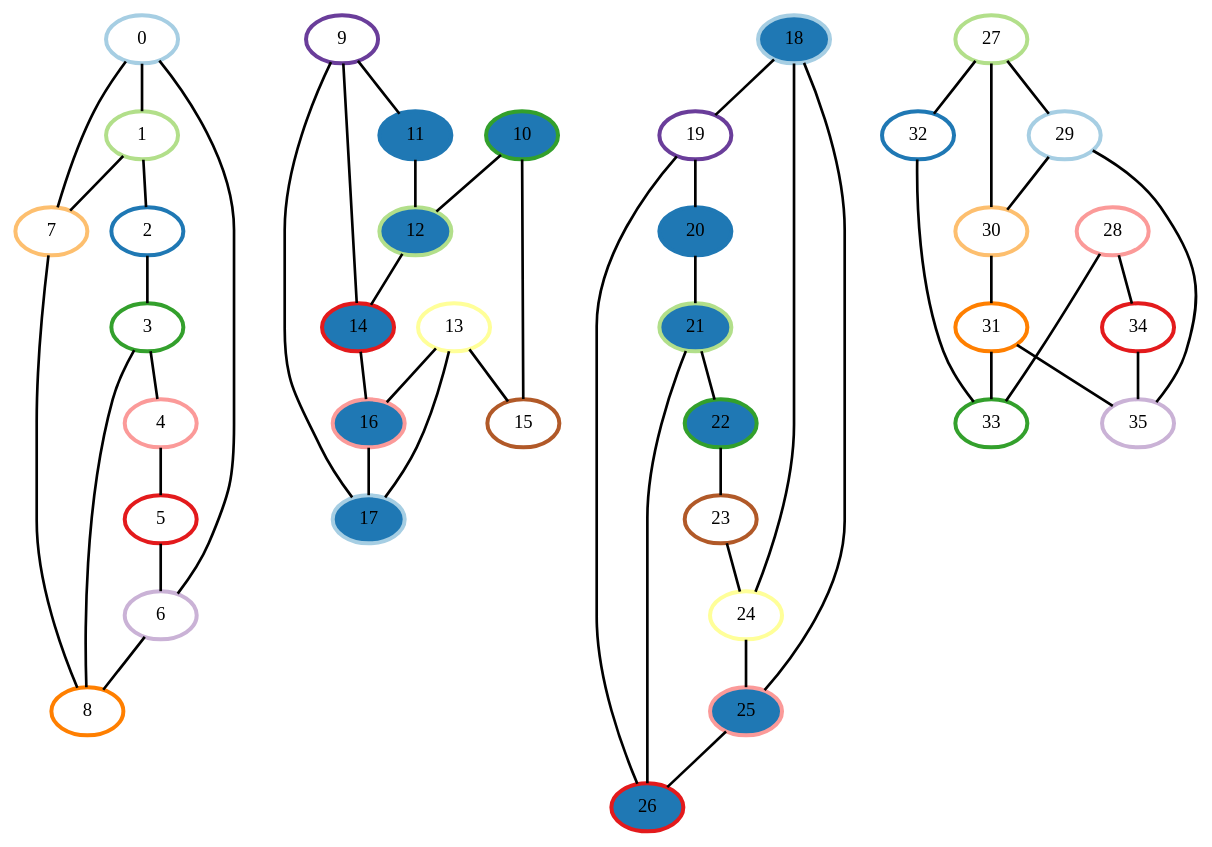
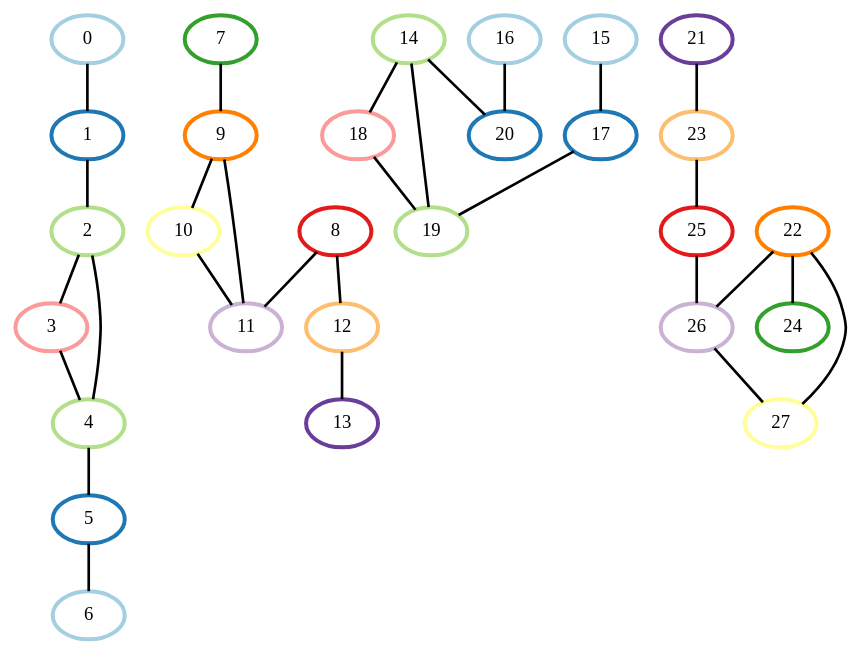
Before and after one commit to Pietvergiet/Project-Module-7: the diagram in graph.dot, drawn with Graphviz. The commit also changed 1 other file, not shown here.

```diff
--- a/graph.dot
+++ b/graph.dot
@@ -1,87 +1,59 @@
 graph G {
     0 [penwidth=3,color=1, colorscheme=paired12]
-    1 [penwidth=3,color=3, colorscheme=paired12]
-    2 [penwidth=3,color=2, colorscheme=paired12]
-    3 [penwidth=3,color=4, colorscheme=paired12]
-    4 [penwidth=3,color=5, colorscheme=paired12]
-    5 [penwidth=3,color=6, colorscheme=paired12]
-    6 [penwidth=3,color=9, colorscheme=paired12]
-    7 [penwidth=3,color=7, colorscheme=paired12]
-    8 [penwidth=3,color=8, colorscheme=paired12]
-    9 [penwidth=3,color=10, colorscheme=paired12]
-    10 [penwidth=3,color=4, colorscheme=paired12,style=filled,fillcolor=2]
-    11 [penwidth=3,color=2, colorscheme=paired12,style=filled,fillcolor=2]
-    12 [penwidth=3,color=3, colorscheme=paired12,style=filled,fillcolor=2]
-    13 [penwidth=3,color=11, colorscheme=paired12]
-    14 [penwidth=3,color=6, colorscheme=paired12,style=filled,fillcolor=2]
-    15 [penwidth=3,color=12, colorscheme=paired12]
-    16 [penwidth=3,color=5, colorscheme=paired12,style=filled,fillcolor=2]
-    17 [penwidth=3,color=1, colorscheme=paired12,style=filled,fillcolor=2]
-    18 [penwidth=3,color=1, colorscheme=paired12,style=filled,fillcolor=2]
-    19 [penwidth=3,color=10, colorscheme=paired12]
-    20 [penwidth=3,color=2, colorscheme=paired12,style=filled,fillcolor=2]
-    21 [penwidth=3,color=3, colorscheme=paired12,style=filled,fillcolor=2]
-    22 [penwidth=3,color=4, colorscheme=paired12,style=filled,fillcolor=2]
-    23 [penwidth=3,color=12, colorscheme=paired12]
-    24 [penwidth=3,color=11, colorscheme=paired12]
-    25 [penwidth=3,color=5, colorscheme=paired12,style=filled,fillcolor=2]
-    26 [penwidth=3,color=6, colorscheme=paired12,style=filled,fillcolor=2]
-    27 [penwidth=3,color=3, colorscheme=paired12]
-    28 [penwidth=3,color=5, colorscheme=paired12]
-    29 [penwidth=3,color=1, colorscheme=paired12]
-    30 [penwidth=3,color=7, colorscheme=paired12]
-    31 [penwidth=3,color=8, colorscheme=paired12]
-    32 [penwidth=3,color=2, colorscheme=paired12]
-    33 [penwidth=3,color=4, colorscheme=paired12]
-    34 [penwidth=3,color=6, colorscheme=paired12]
-    35 [penwidth=3,color=9, colorscheme=paired12]
+    1 [penwidth=3,color=2, colorscheme=paired12]
+    2 [penwidth=3,color=3, colorscheme=paired12]
+    3 [penwidth=3,color=5, colorscheme=paired12]
+    4 [penwidth=3,color=3, colorscheme=paired12]
+    5 [penwidth=3,color=2, colorscheme=paired12]
+    6 [penwidth=3,color=1, colorscheme=paired12]
+    7 [penwidth=3,color=4, colorscheme=paired12]
+    8 [penwidth=3,color=6, colorscheme=paired12]
+    9 [penwidth=3,color=8, colorscheme=paired12]
+    10 [penwidth=3,color=11, colorscheme=paired12]
+    11 [penwidth=3,color=9, colorscheme=paired12]
+    12 [penwidth=3,color=7, colorscheme=paired12]
+    13 [penwidth=3,color=10, colorscheme=paired12]
+    14 [penwidth=3,color=3, colorscheme=paired12]
+    15 [penwidth=3,color=1, colorscheme=paired12]
+    16 [penwidth=3,color=1, colorscheme=paired12]
+    17 [penwidth=3,color=2, colorscheme=paired12]
+    18 [penwidth=3,color=5, colorscheme=paired12]
+    19 [penwidth=3,color=3, colorscheme=paired12]
+    20 [penwidth=3,color=2, colorscheme=paired12]
+    21 [penwidth=3,color=10, colorscheme=paired12]
+    22 [penwidth=3,color=8, colorscheme=paired12]
+    23 [penwidth=3,color=7, colorscheme=paired12]
+    24 [penwidth=3,color=4, colorscheme=paired12]
+    25 [penwidth=3,color=6, colorscheme=paired12]
+    26 [penwidth=3,color=9, colorscheme=paired12]
+    27 [penwidth=3,color=11, colorscheme=paired12]
 
-    0--7 [penwidth=2]
     0--1 [penwidth=2]
-    0--6 [penwidth=2]
-    1--7 [penwidth=2]
     1--2 [penwidth=2]
     2--3 [penwidth=2]
-    3--8 [penwidth=2]
+    2--4 [penwidth=2]
     3--4 [penwidth=2]
     4--5 [penwidth=2]
     5--6 [penwidth=2]
-    6--8 [penwidth=2]
-    7--8 [penwidth=2]
-    9--17 [penwidth=2]
-    9--14 [penwidth=2]
+    7--9 [penwidth=2]
+    8--11 [penwidth=2]
+    8--12 [penwidth=2]
+    9--10 [penwidth=2]
     9--11 [penwidth=2]
-    10--15 [penwidth=2]
-    10--12 [penwidth=2]
-    11--12 [penwidth=2]
-    12--14 [penwidth=2]
-    13--15 [penwidth=2]
-    13--17 [penwidth=2]
-    13--16 [penwidth=2]
-    14--16 [penwidth=2]
-    16--17 [penwidth=2]
-    18--25 [penwidth=2]
+    10--11 [penwidth=2]
+    12--13 [penwidth=2]
+    14--19 [penwidth=2]
+    14--18 [penwidth=2]
+    14--20 [penwidth=2]
+    15--17 [penwidth=2]
+    16--20 [penwidth=2]
+    17--19 [penwidth=2]
     18--19 [penwidth=2]
-    18--24 [penwidth=2]
-    19--26 [penwidth=2]
-    19--20 [penwidth=2]
-    20--21 [penwidth=2]
-    21--26 [penwidth=2]
-    21--22 [penwidth=2]
-    22--23 [penwidth=2]
-    23--24 [penwidth=2]
-    24--25 [penwidth=2]
+    21--23 [penwidth=2]
+    22--26 [penwidth=2]
+    22--27 [penwidth=2]
+    22--24 [penwidth=2]
+    23--25 [penwidth=2]
     25--26 [penwidth=2]
-    27--30 [penwidth=2]
-    27--32 [penwidth=2]
-    27--29 [penwidth=2]
-    28--34 [penwidth=2]
-    28--33 [penwidth=2]
-    29--35 [penwidth=2]
-    29--30 [penwidth=2]
-    30--31 [penwidth=2]
-    31--35 [penwidth=2]
-    31--33 [penwidth=2]
-    32--33 [penwidth=2]
-    34--35 [penwidth=2]
+    26--27 [penwidth=2]
 }
```
